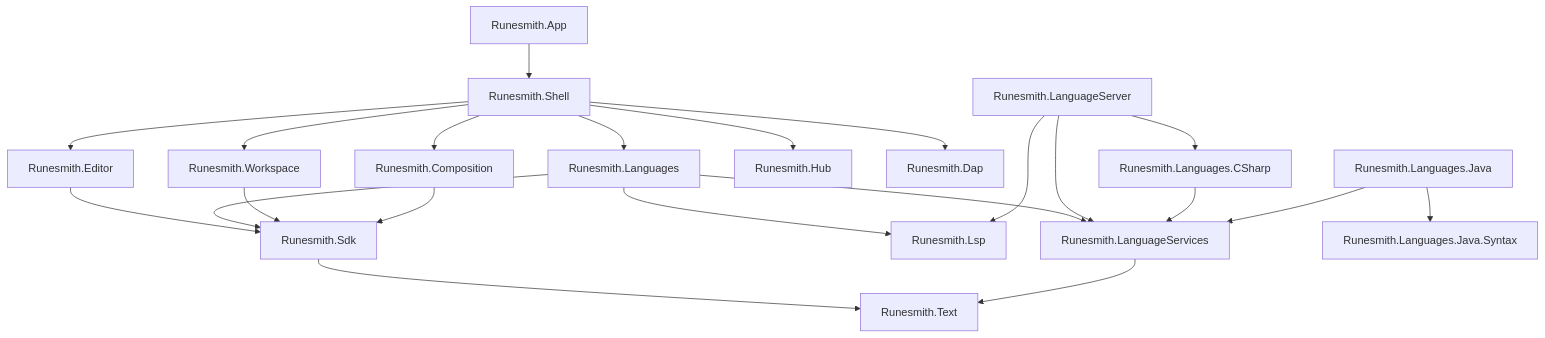
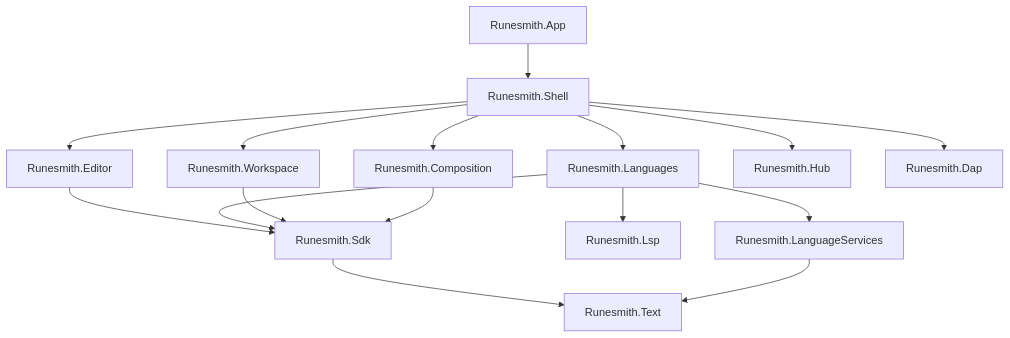
Before and after one commit to RunesmithHub/Runesmith: the diagram in website/content/developers/projects.mdx, drawn with Mermaid. The commit also changed other lines of this file and 23 other files, not shown here.

Commit message:
docs: say Runesmith ships with no plugins and suggests the official ones, and drop the language engine projects

````diff
--- a/website/content/developers/projects.mdx
+++ b/website/content/developers/projects.mdx
@@ -40,24 +41,18 @@
 ```mermaid
 graph TD
   App[Runesmith.App] --> Shell[Runesmith.Shell]
   Shell --> Editor[Runesmith.Editor]
   Shell --> Languages[Runesmith.Languages]
   Shell --> Workspace[Runesmith.Workspace]
   Shell --> Composition[Runesmith.Composition]
   Shell --> Hub[Runesmith.Hub]
   Shell --> Dap[Runesmith.Dap]
   Editor --> Sdk[Runesmith.Sdk]
   Languages --> Sdk
   Languages --> Lsp[Runesmith.Lsp]
   Languages --> LanguageServices[Runesmith.LanguageServices]
-  LanguageServer[Runesmith.LanguageServer] --> LanguageServices
-  LanguageServer --> Lsp
-  LanguageServer --> CSharpAnalyzer
   Workspace --> Sdk
   Composition --> Sdk
   Sdk --> Text[Runesmith.Text]
   LanguageServices --> Text
-  CSharpAnalyzer[Runesmith.Languages.CSharp] --> LanguageServices
-  JavaAnalyzer[Runesmith.Languages.Java] --> JavaSyntax[Runesmith.Languages.Java.Syntax]
-  JavaAnalyzer --> LanguageServices
 ```
````
